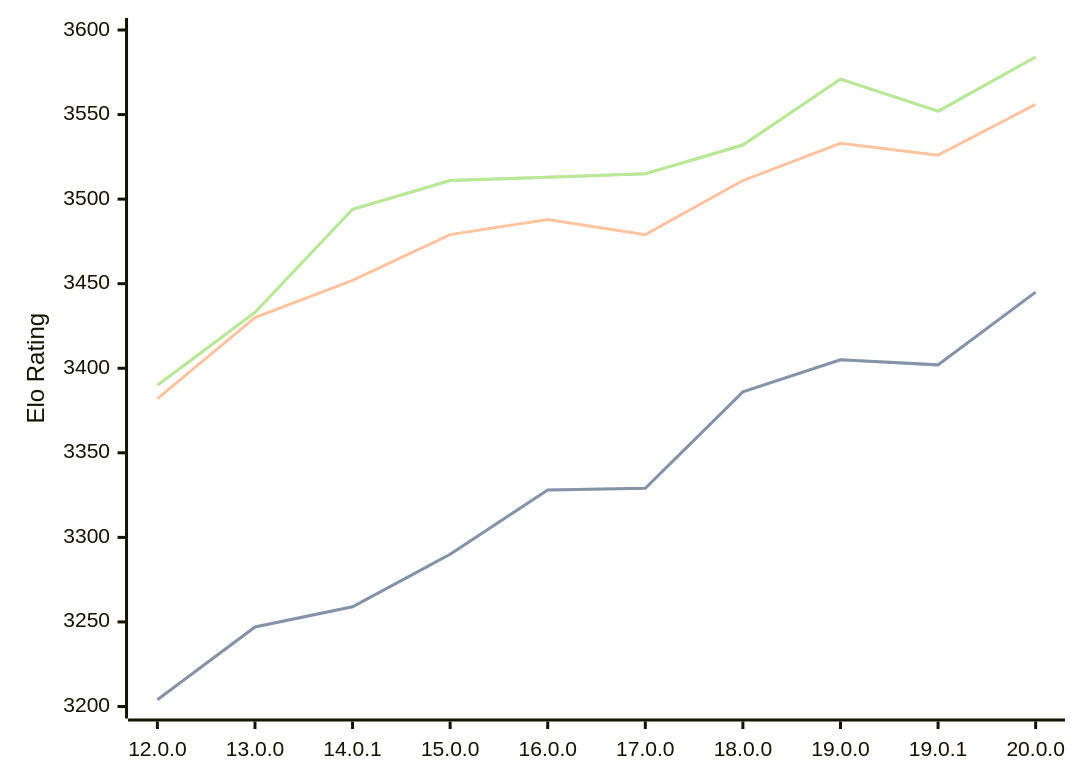
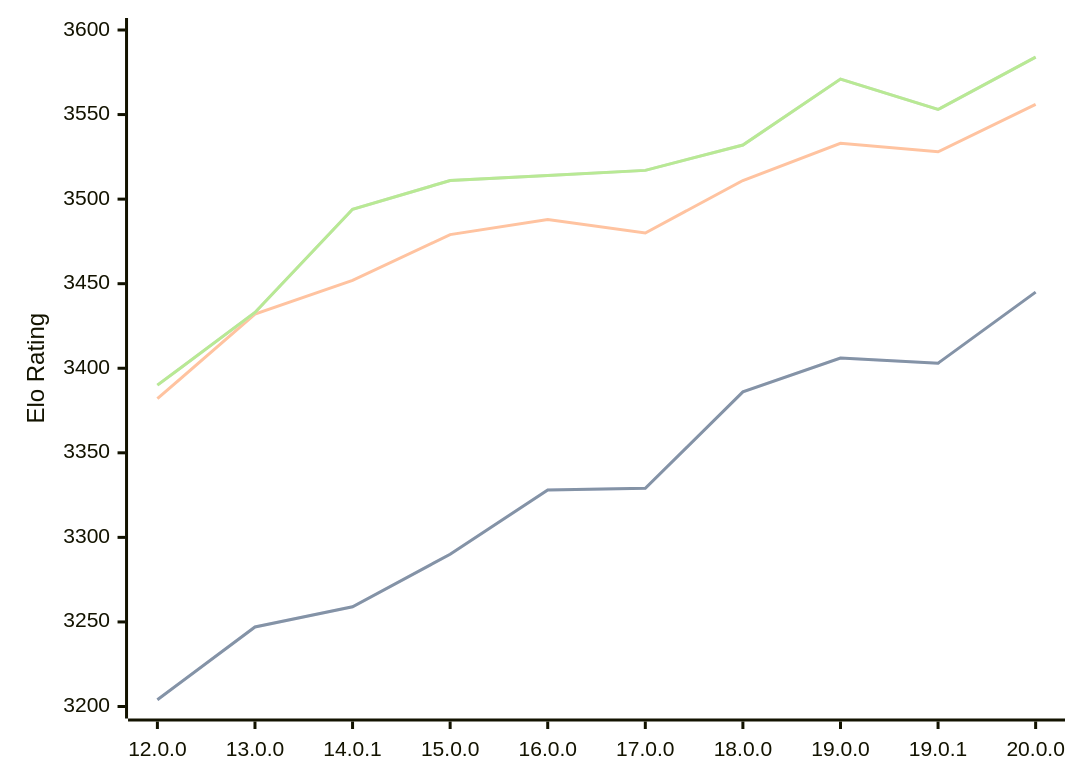
Before and after one commit to computer-chess-index/cci: the diagram in engines/Viridithas.md, drawn with Mermaid. The commit also changed other lines of this file, not shown here.

Commit message:
Update CCI Ratings (ELO VLTC) - 2026-08-24

````diff
--- a/engines/Viridithas.md
+++ b/engines/Viridithas.md
@@ -40,11 +40,11 @@
 ```mermaid
 %%{init: {"theme":"base","themeVariables":{"seriesColors:['#a3a3a3','#222221','#faa371']}}}%%
 xychart-beta
   x-axis ["12.0.0", "13.0.0", "14.0.1", "15.0.0", "16.0.0", "17.0.0", "18.0.0", "19.0.0", "19.0.1", "20.0.0"]
   y-axis "Elo Rating" 3200 --> 3600
-  line "STC (8.0+0.08s)" [3204, 3247, 3259, 3290, 3328, 3329, 3386, 3405, 3402, 3445]
-  line "STC (8.0+0.08s)" [3204, 3247, 3259, 3290, 3328, 3329, 3386, 3405, 3402, 3445]
-  line "LTC (60.0+0.60s)" [3382, 3430, 3452, 3479, 3488, 3479, 3511, 3533, 3526, 3556]
-  line "VLTC (2m24s+1.12s)" [3390, 3433, 3494, 3511, 3513, 3515, 3532, 3571, 3552, 3584]
-  line "VLTC (2m24s+1.12s)" [3390, 3433, 3494, 3511, 3513, 3515, 3532, 3571, 3552, 3584]
+  line "STC (8.0+0.08s)" [3204, 3247, 3259, 3290, 3328, 3329, 3386, 3406, 3403, 3445]
+  line "STC (8.0+0.08s)" [3204, 3247, 3259, 3290, 3328, 3329, 3386, 3406, 3403, 3445]
+  line "LTC (60.0+0.60s)" [3382, 3432, 3452, 3479, 3488, 3480, 3511, 3533, 3528, 3556]
+  line "VLTC (2m24s+1.12s)" [3390, 3433, 3494, 3511, 3514, 3517, 3532, 3571, 3553, 3584]
+  line "VLTC (2m24s+1.12s)" [3390, 3433, 3494, 3511, 3514, 3517, 3532, 3571, 3553, 3584]
 ```
````
